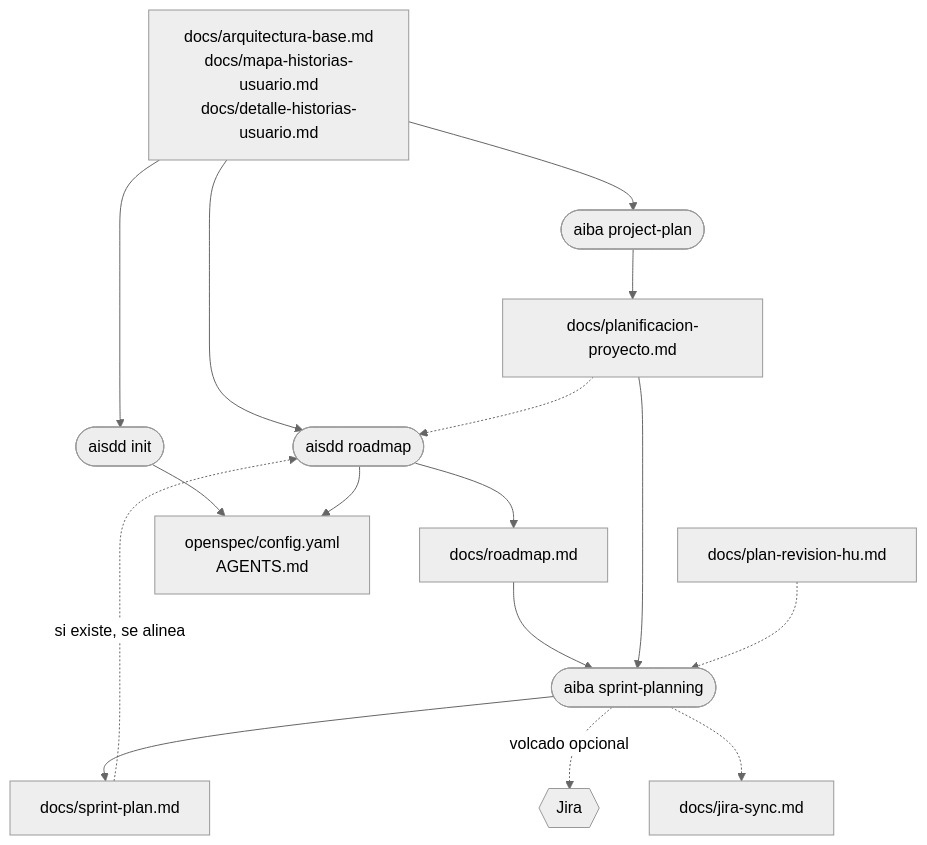
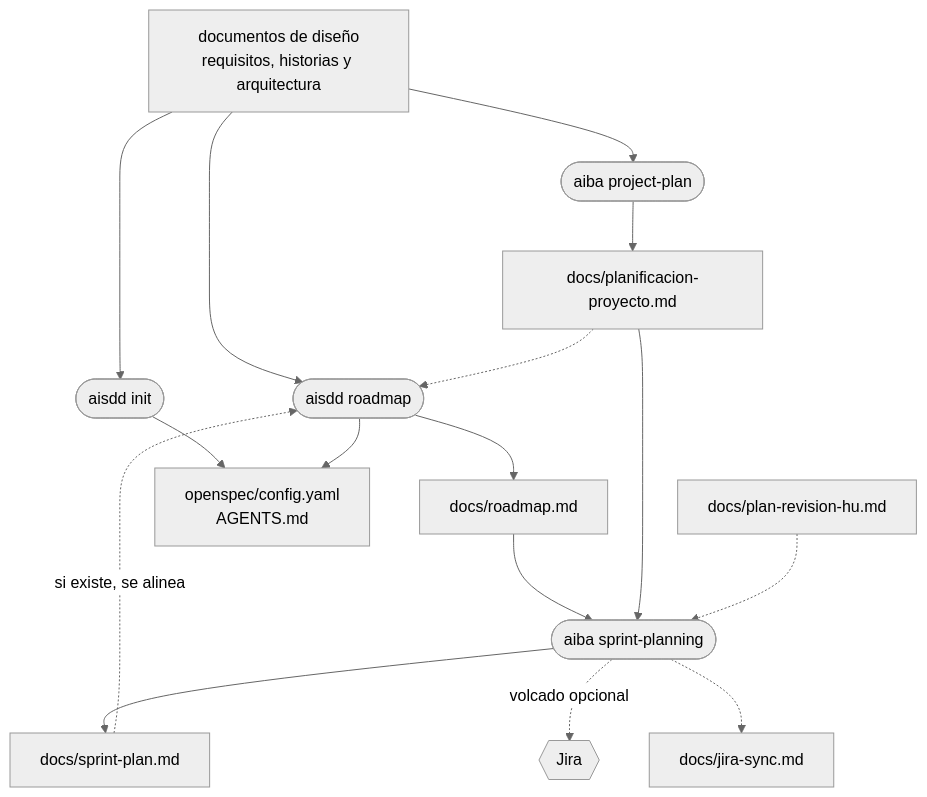
One commit to grananda/aidd-marketplace changed the third of 5 diagrams in docs/mapas/artefactos.md. Above: the diagram before and after it, drawn with Mermaid (neutral theme). The commit also changed other lines of this file and 6 other files, not shown here.

````diff
--- a/docs/mapas/artefactos.md
+++ b/docs/mapas/artefactos.md
@@ -55,27 +55,27 @@
 ```mermaid
 flowchart TB
-  dis["docs/arquitectura-base.md<br/>docs/mapa-historias-usuario.md<br/>docs/detalle-historias-usuario.md"]
+  dis["documentos de diseño<br/>requisitos, historias y arquitectura"]
   hr["docs/plan-revision-hu.md"]
   init(["aisdd init"])
   road(["aisdd roadmap"])
   pp(["aiba project-plan"])
   cfg["openspec/config.yaml<br/>AGENTS.md"]
   rm["docs/roadmap.md"]
   plan["docs/planificacion-proyecto.md"]
   sprint(["aiba sprint-planning"])
   sp["docs/sprint-plan.md"]
   js["docs/jira-sync.md"]
   jira{{"Jira"}}
 
   dis --> init --> cfg
   dis --> road --> rm
   road --> cfg
   dis --> pp --> plan
   rm & plan --> sprint
   hr -.-> sprint
   sprint --> sp
   plan -.-> road
   sp -.->|"si existe, se alinea"| road
   sprint -.->|"volcado opcional"| jira
   sprint -.-> js
 ```
````
